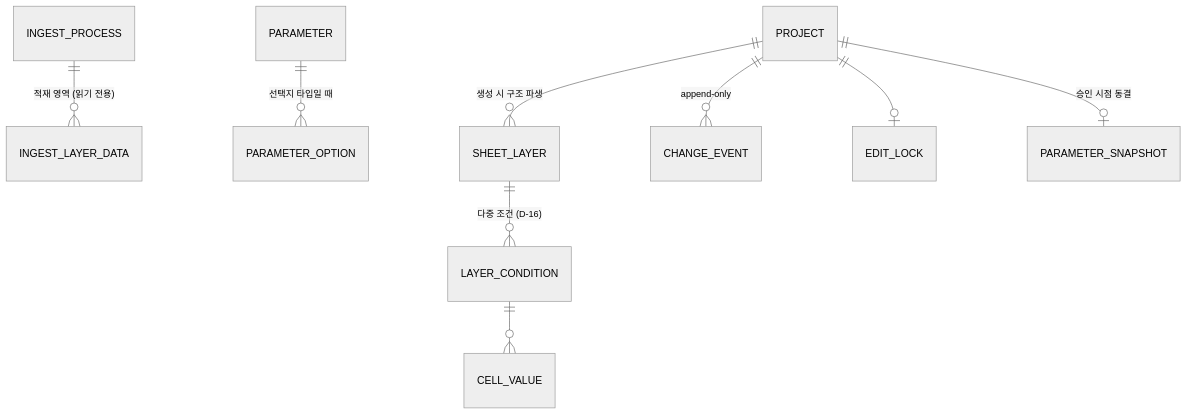
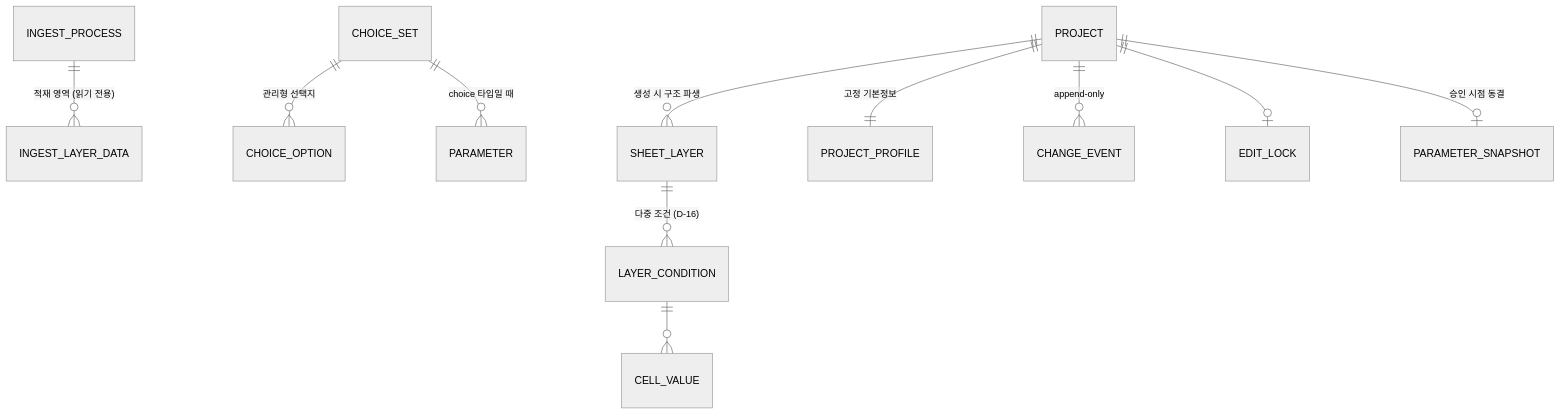
Before and after one commit to Middleages/process-condition-manager: the diagram in plan/02-data-model.md, drawn with Mermaid (neutral theme). The commit also changed other lines of this file and 6 other files, not shown here.

````diff
--- a/plan/02-data-model.md
+++ b/plan/02-data-model.md
@@ -5,11 +5,13 @@
 ```mermaid
 erDiagram
     INGEST_PROCESS ||--o{ INGEST_LAYER_DATA : "적재 영역 (읽기 전용)"
-    PARAMETER ||--o{ PARAMETER_OPTION : "선택지 타입일 때"
+    CHOICE_SET ||--o{ CHOICE_OPTION : "관리형 선택지"
+    CHOICE_SET ||--o{ PARAMETER : "choice 타입일 때"
     PROJECT ||--o{ SHEET_LAYER : "생성 시 구조 파생"
+    PROJECT ||--|| PROJECT_PROFILE : "고정 기본정보"
     SHEET_LAYER ||--o{ LAYER_CONDITION : "다중 조건 (D-16)"
     LAYER_CONDITION ||--o{ CELL_VALUE : ""
     PROJECT ||--o{ CHANGE_EVENT : "append-only"
     PROJECT ||--o| EDIT_LOCK : ""
     PROJECT ||--o| PARAMETER_SNAPSHOT : "승인 시점 동결"
 ```
````
